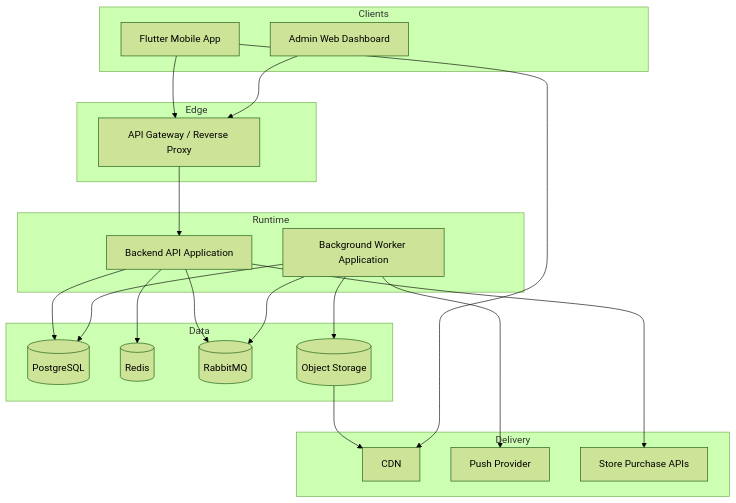
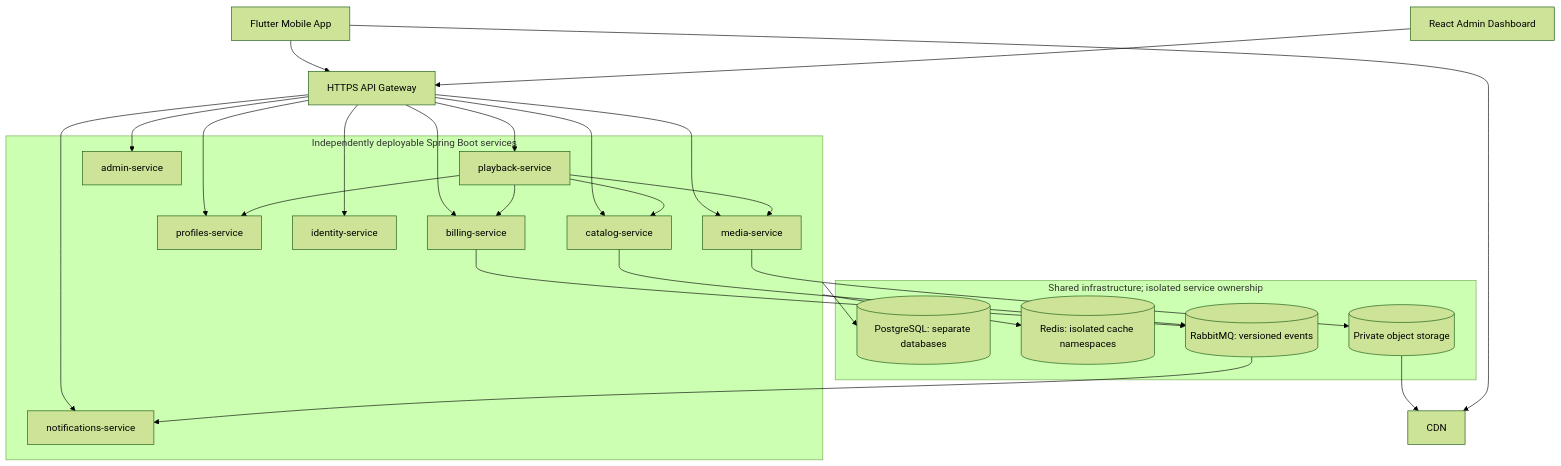
One commit to IoanMarian08/KidsAudioBookPlatform changed the second of 6 diagrams in docs/03_Architecture/Software_Architecture.md. Above: the diagram before and after it, drawn with Mermaid (forest theme). The commit also changed other lines of this file and 2 other files, not shown here.

Commit message:
docs(architecture): rewrite core backend and data design for microservices

````diff
--- a/docs/03_Architecture/Software_Architecture.md
+++ b/docs/03_Architecture/Software_Architecture.md
@@ -132,43 +114,45 @@
-```mermaid
-graph TB
-    subgraph Clients
-        Mobile[Flutter Mobile App]
-        AdminUI[Admin Web Dashboard]
-    end
-
-    subgraph Edge
-        Gateway[API Gateway / Reverse Proxy]
-    end
-
-    subgraph Runtime
-        API[Backend API Application]
-        Worker[Background Worker Application]
-    end
-
-    subgraph Data
-        PG[(PostgreSQL)]
-        Redis[(Redis)]
-        MQ[(RabbitMQ)]
-        Object[(Object Storage)]
-    end
-
-    subgraph Delivery
-        CDN[CDN]
-        FCM[Push Provider]
-        Stores[Store Purchase APIs]
-    end
-
-    Mobile --> Gateway
-    AdminUI --> Gateway
-    Gateway --> API
-    API --> PG
-    API --> Redis
-    API --> MQ
-    Worker --> MQ
-    Worker --> PG
-    Worker --> Object
-    Object --> CDN
-    Mobile --> CDN
-    Worker --> FCM
-    API --> Stores
-```
+~~~mermaid
+flowchart TB
+  Mobile[Flutter Mobile App]
+  AdminUI[React Admin Dashboard]
+  G[HTTPS API Gateway]
+  subgraph Microservices[Independently deployable Spring Boot services]
+    I[identity-service]
+    P[profiles-service]
+    C[catalog-service]
+    M[media-service]
+    Play[playback-service]
+    Bill[billing-service]
+    N[notifications-service]
+    Admin[admin-service]
+  end
+  subgraph Data[Shared infrastructure; isolated service ownership]
+    PG[(PostgreSQL: separate databases)]
+    R[(Redis: isolated cache namespaces)]
+    MQ[(RabbitMQ: versioned events)]
+    O[(Private object storage)]
+  end
+  CDN[CDN]
+  Mobile --> G
+  AdminUI --> G
+  G --> I
+  G --> P
+  G --> C
+  G --> M
+  G --> Play
+  G --> Bill
+  G --> N
+  G --> Admin
+  Play --> P
+  Play --> C
+  Play --> Bill
+  Play --> M
+  Bill --> MQ
+  C --> MQ
+  MQ --> N
+  Microservices --> PG
+  Microservices --> R
+  M --> O
+  O --> CDN
+  Mobile --> CDN
+~~~
````
